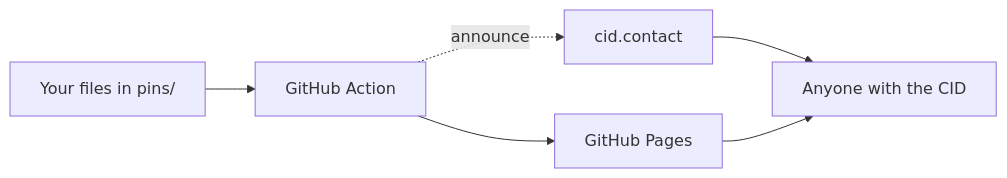
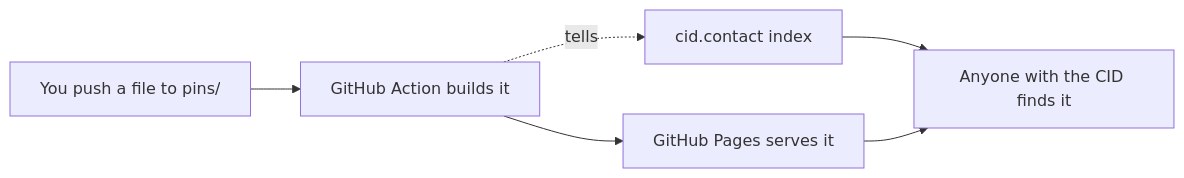
Before and after one commit to ipni/gitpin: the first of 2 diagrams in README.md, drawn with Mermaid. The commit also changed other lines of this file, not shown here.

Commit message:
README: explain CIDs up front, drop the for/not-for lines

````diff
--- a/README.md
+++ b/README.md
@@ -7,8 +9,8 @@
 ```mermaid
 flowchart LR
-    A["Your files in pins/"] --> B["GitHub Action"]
-    B --> C["GitHub Pages"]
-    B -. announce .-> D["cid.contact"]
-    D --> E["Anyone with the CID"]
+    A["You push a file to pins/"] --> B["GitHub Action builds it"]
+    B --> C["GitHub Pages serves it"]
+    B -. "tells" .-> D["cid.contact index"]
+    D --> E["Anyone with the CID finds it"]
     C --> E
 ```
````
